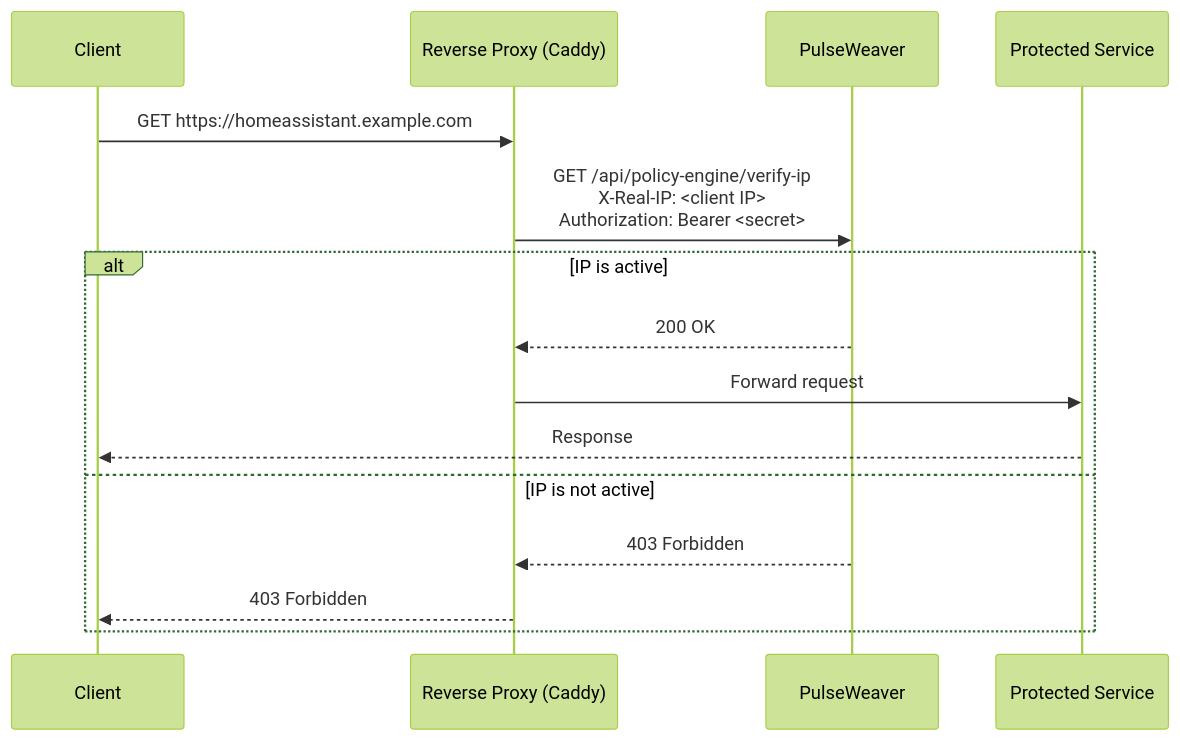
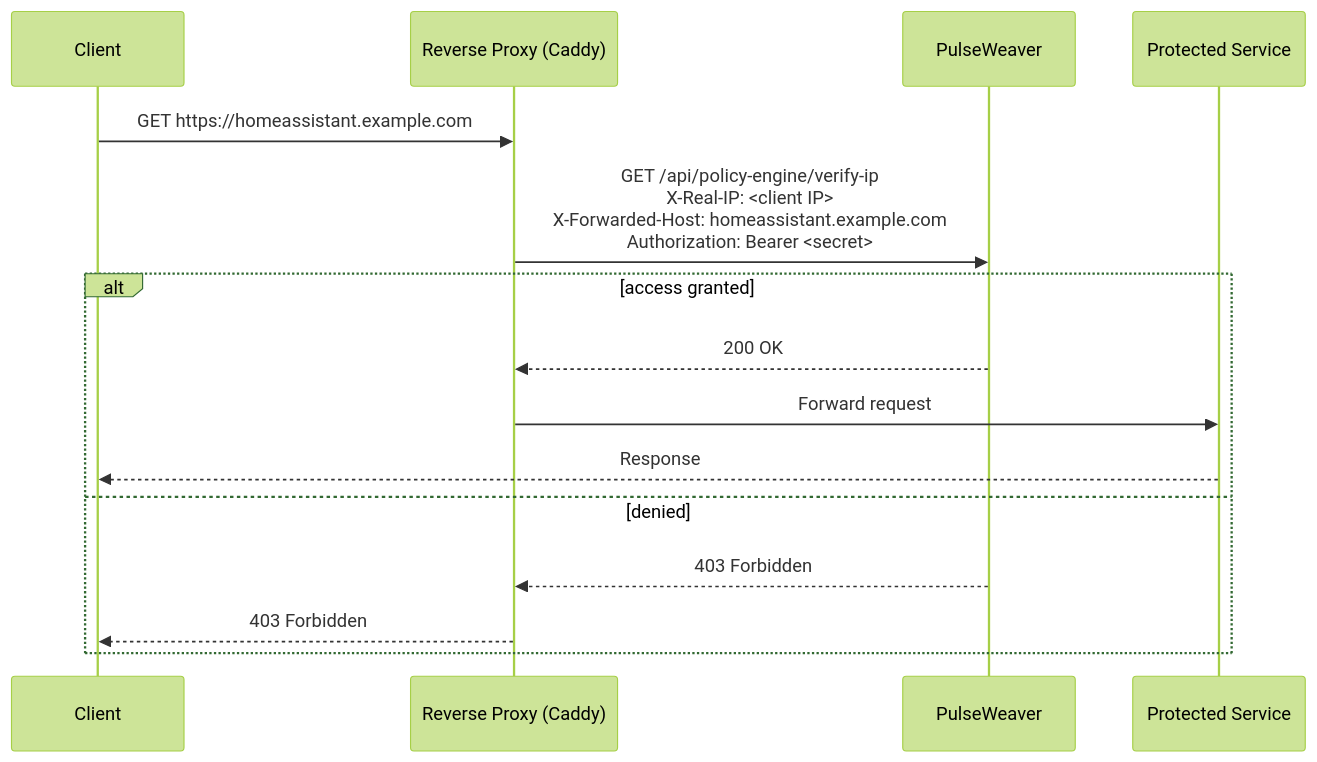
One commit to DiegoGuidaF/PulseWeaver changed the first of 3 diagrams in docs/How-It-Works.md. Above: the diagram before and after it, drawn with Mermaid (forest theme). The commit also changed other lines of this file and 3 other files, not shown here.

Commit message:
docs[PW-91]: align existing docs with the IP x host access model

````diff
--- a/docs/How-It-Works.md
+++ b/docs/How-It-Works.md
@@ -7,17 +7,17 @@
 ```mermaid
 sequenceDiagram
     participant C as Client
     participant P as Reverse Proxy (Caddy)
     participant W as PulseWeaver
     participant S as Protected Service
     C ->> P: GET https://homeassistant.example.com
-    P ->> W: GET /api/policy-engine/verify-ip<br/>X-Real-IP: <client IP><br/>Authorization: Bearer <secret>
-    alt IP is active
+    P ->> W: GET /api/policy-engine/verify-ip<br/>X-Real-IP: <client IP><br/>X-Forwarded-Host: homeassistant.example.com<br/>Authorization: Bearer <secret>
+    alt access granted
         W -->> P: 200 OK
         P ->> S: Forward request
         S -->> C: Response
-    else IP is not active
+    else denied
         W -->> P: 403 Forbidden
         P -->> C: 403 Forbidden
     end
 ```
````
